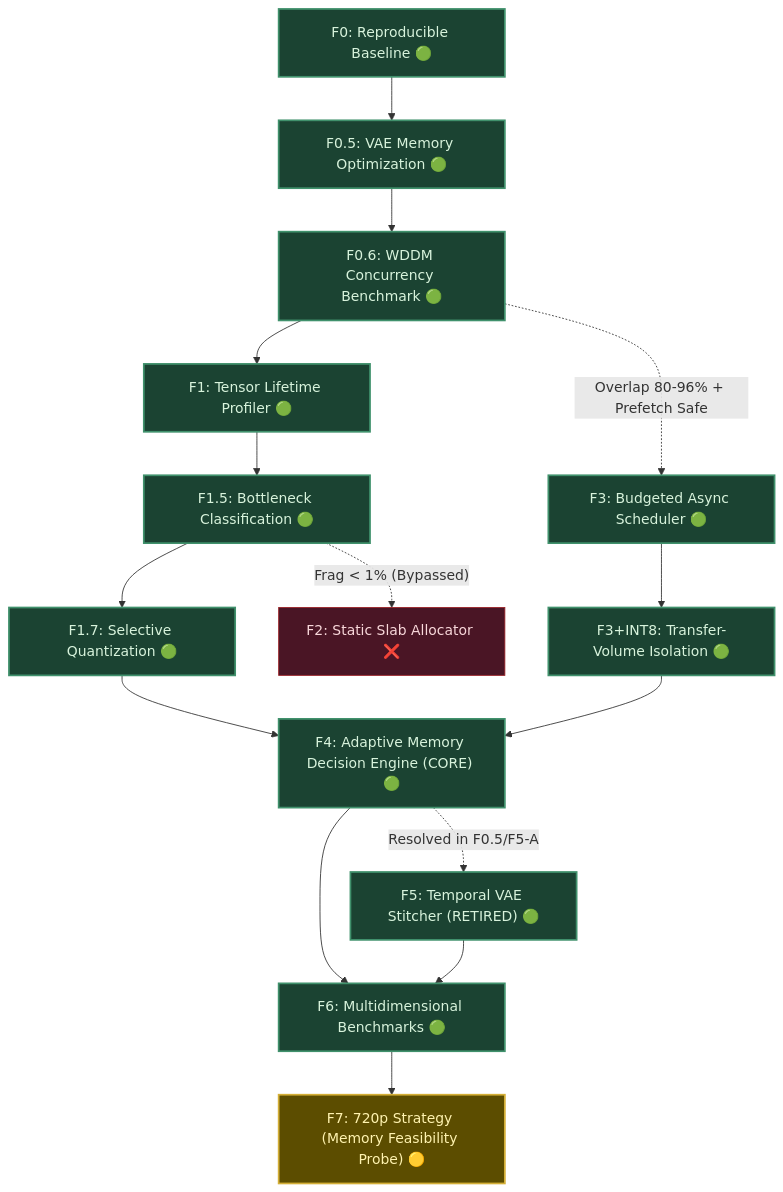
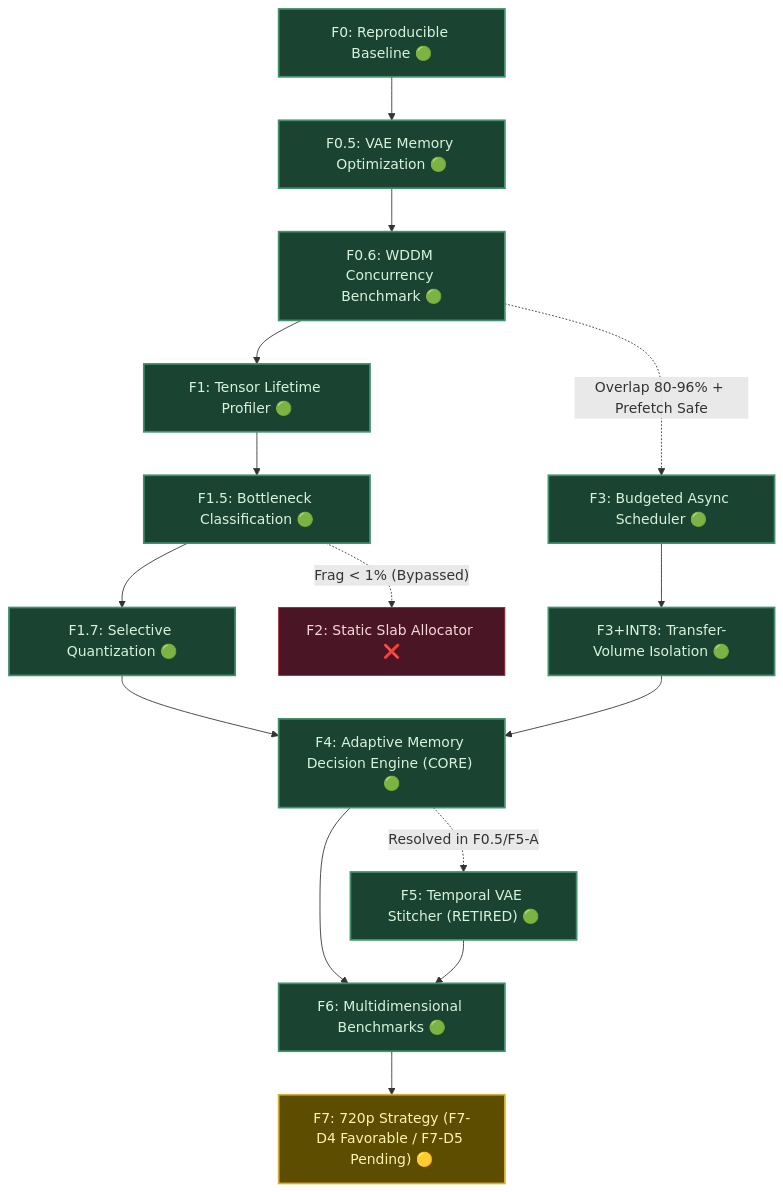
Before and after one commit to LARP/marley-adaptive-runtime: the diagram in ROADMAP.md, drawn with Mermaid. The commit also changed other lines of this file, not shown here.

First line of the commit message:
docs(roadmap): document F7-D2 to F7-D4 results and formalize F7-D5 30-step milestone

````diff
--- a/ROADMAP.md
+++ b/ROADMAP.md
@@ -91,24 +91,24 @@
 ```mermaid
 flowchart TD
     F0["F0: Reproducible Baseline 🟢"] --> F05["F0.5: VAE Memory Optimization 🟢"]
     F05 --> F06["F0.6: WDDM Concurrency Benchmark 🟢"]
     F06 --> F1["F1: Tensor Lifetime Profiler 🟢"]
     F1 --> F15["F1.5: Bottleneck Classification 🟢"]
     F15 --> F17["F1.7: Selective Quantization 🟢"]
     F15 -.->|"Frag < 1% (Bypassed)"| F2["F2: Static Slab Allocator ❌"]
     F06 -.->|"Overlap 80-96% + Prefetch Safe"| F3["F3: Budgeted Async Scheduler 🟢"]
     F17 --> F4["F4: Adaptive Memory Decision Engine (CORE) 🟢"]
     F3 --> F3I8["F3+INT8: Transfer-Volume Isolation 🟢"] --> F4
     F4 -.->|"Resolved in F0.5/F5-A"| F5["F5: Temporal VAE Stitcher (RETIRED) 🟢"]
     F4 --> F6["F6: Multidimensional Benchmarks 🟢"]
     F5 --> F6
-    F6 --> F7["F7: 720p Strategy (Memory Feasibility Probe) 🟡"]
+    F6 --> F7["F7: 720p Strategy (F7-D4 Favorable / F7-D5 Pending) 🟡"]
 
     classDef pass fill:#1b4332,stroke:#40916c,stroke-width:2px,color:#d8f3dc;
     classDef inprog fill:#5c4d00,stroke:#d4af37,stroke-width:2px,color:#fff3b0;
     classDef bypass fill:#4a1525,stroke:#9b2226,stroke-width:1px,color:#f8d7da;
     class F0,F05,F06,F1,F15,F17,F3 pass;
     class F3I8,F4,F5,F6 pass;
     class F7 inprog;
     class F2 bypass;
 ```
````
